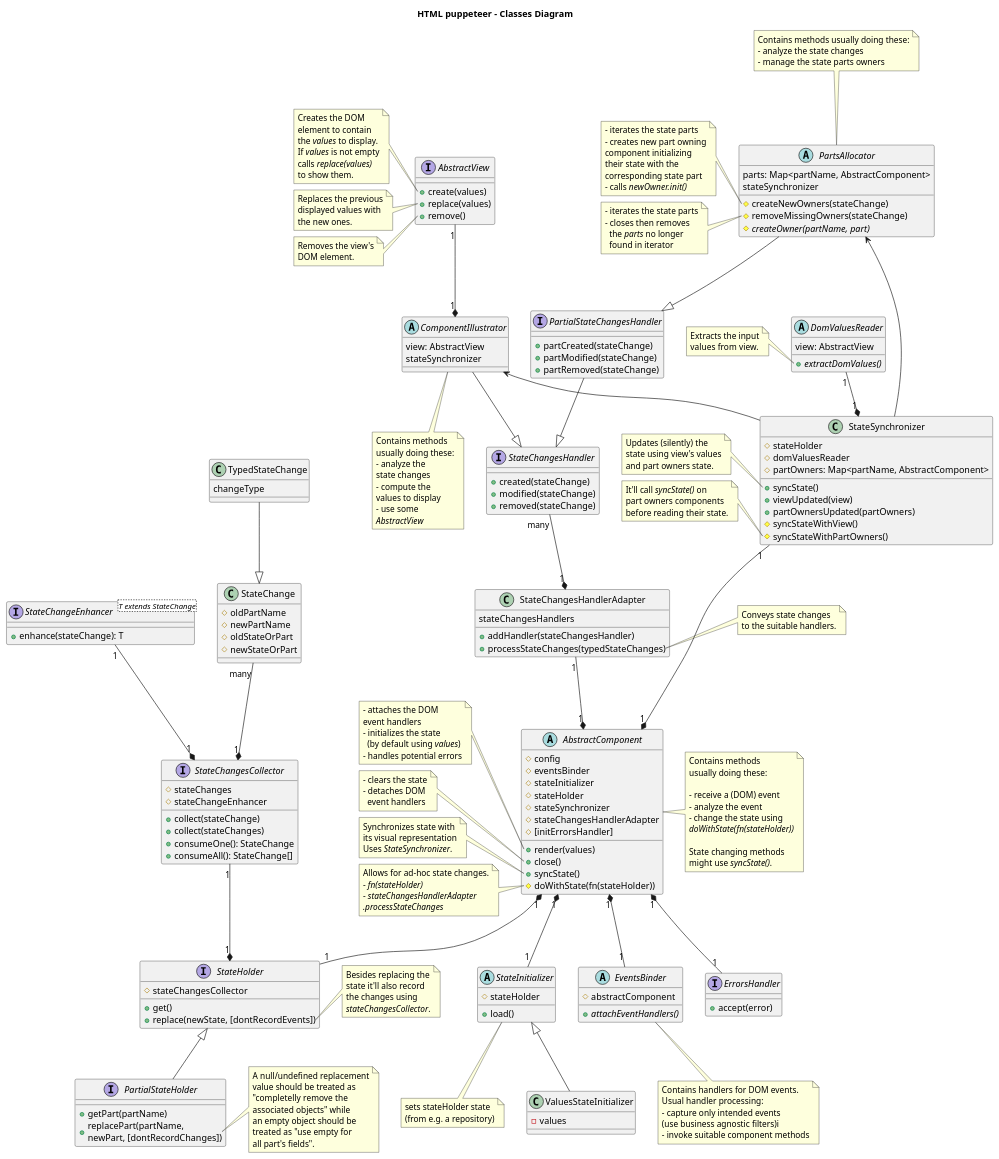
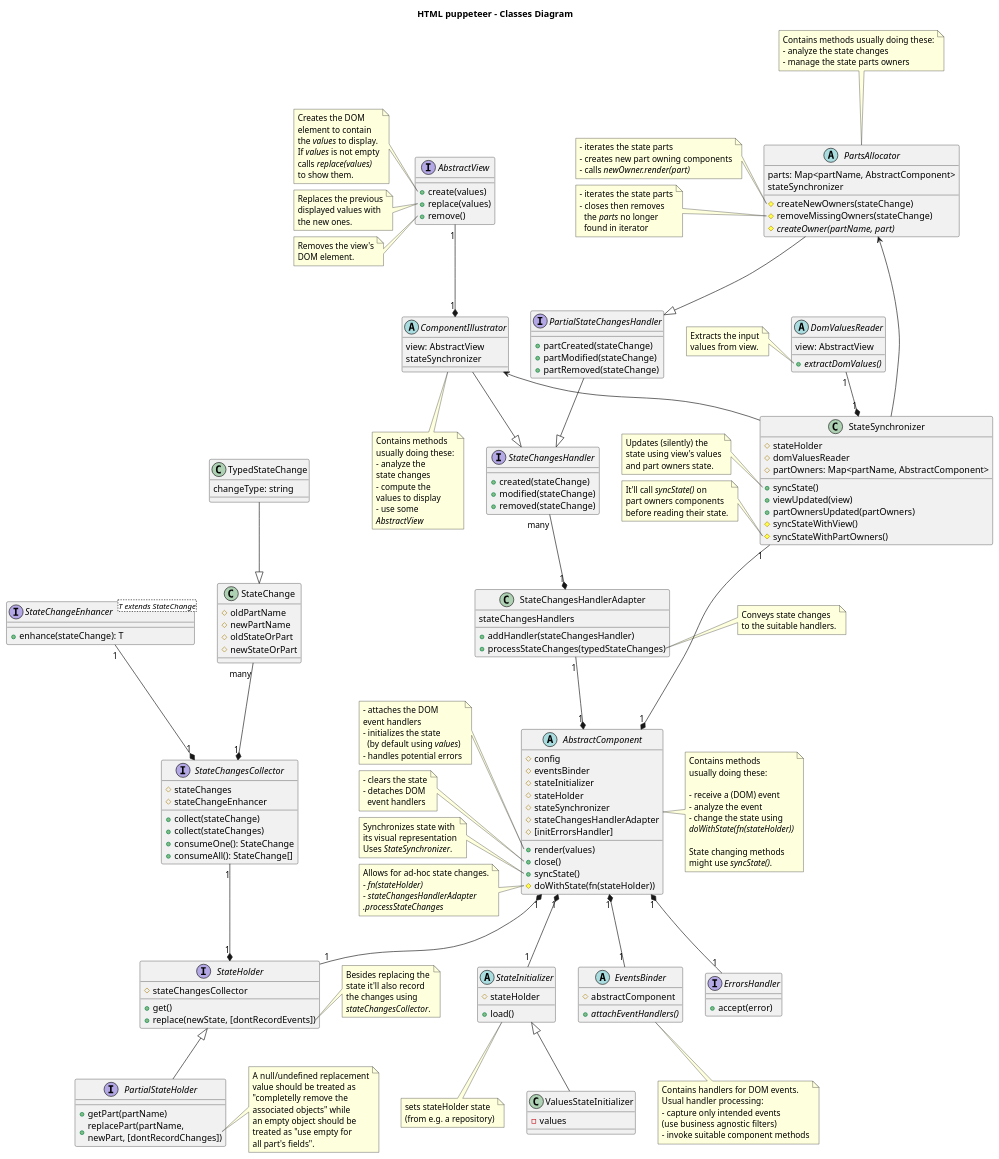
Before and after one commit to adrhc/html-puppeteer: the diagram in design/classes-diagram.puml, drawn with PlantUML.

Commit message:
design\classes-diagram.puml

```diff
--- a/design/classes-diagram.puml
+++ b/design/classes-diagram.puml
@@ -11,7 +11,7 @@
   Contains handlers for DOM events.
   Usual handler processing:
   - capture only intended events
-  (use business agnostic filters)i
+  (use business agnostic filters)
   - invoke suitable component methods
 end note
 
@@ -144,7 +144,7 @@
 }
 
 class TypedStateChange {
-changeType
+changeType: string
 }
 
 interface StateChangeEnhancer<T extends StateChange> {
@@ -257,11 +257,8 @@
 
 note left of PartsAllocator::createNewOwners
 - iterates the state parts
-- creates new part owning
-component initializing
-their state with the
-corresponding state part
-- calls <i>newOwner.init()</i>
+- creates new part owning components
+- calls <i>newOwner.render(part)</i>
 end note
 
 note left of PartsAllocator::removeMissingOwners
```
